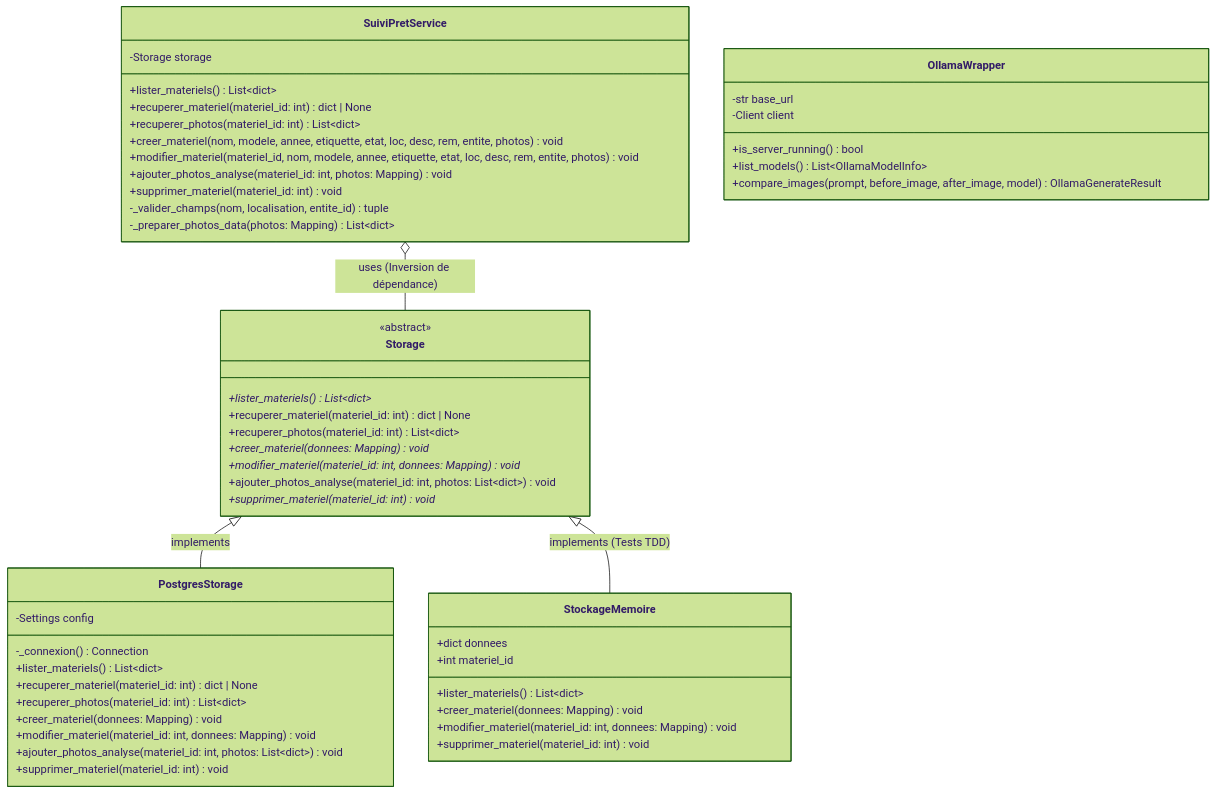
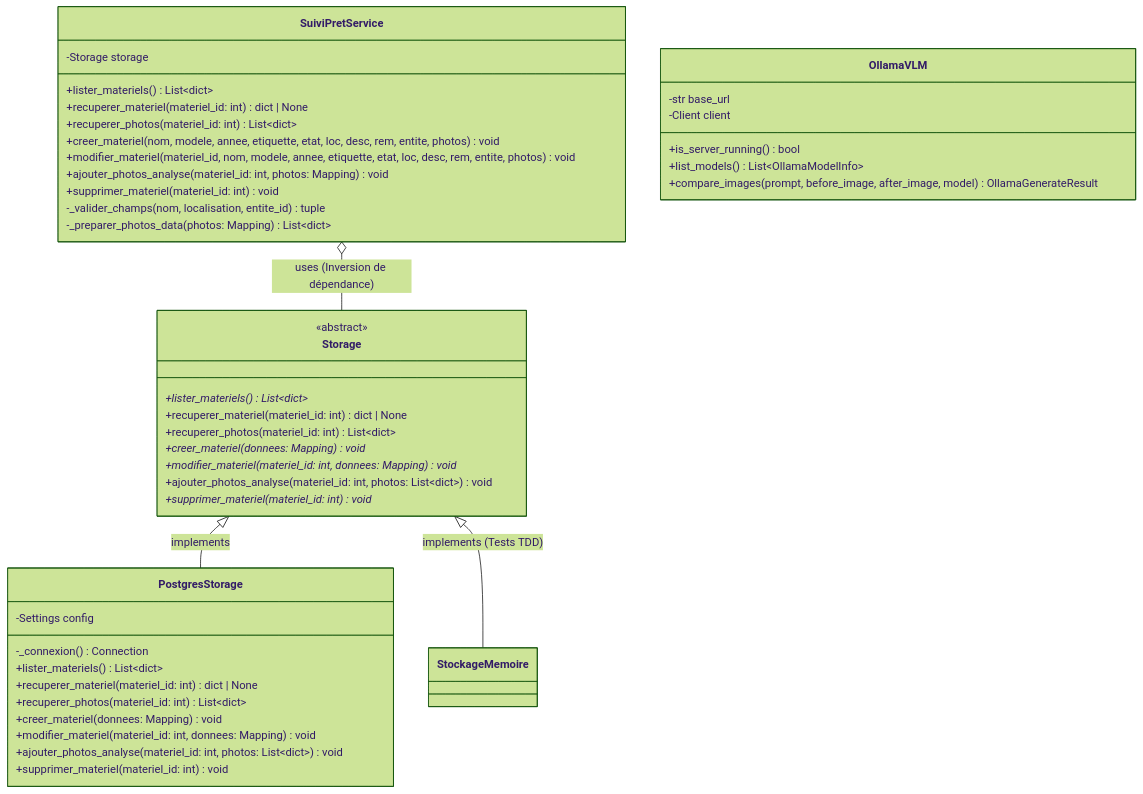
One commit to celien-svg/saeia changed the second of 3 diagrams in docs/documentation_technique.md. Above: the diagram before and after it, drawn with Mermaid (forest theme). The commit also changed other lines of this file and 13 other files, not shown here.

````diff
--- a/docs/documentation_technique.md
+++ b/docs/documentation_technique.md
@@ -148,61 +151,52 @@
 ```mermaid
 classDiagram
     direction TB
 
     class Storage {
         <<abstract>>
         +lister_materiels() List~dict~*
         +recuperer_materiel(materiel_id: int) dict | None
         +recuperer_photos(materiel_id: int) List~dict~
         +creer_materiel(donnees: Mapping)* void
         +modifier_materiel(materiel_id: int, donnees: Mapping)* void
         +ajouter_photos_analyse(materiel_id: int, photos: List~dict~) void
         +supprimer_materiel(materiel_id: int)* void
     }
 
     class PostgresStorage {
         -Settings config
         -_connexion() Connection
         +lister_materiels() List~dict~
         +recuperer_materiel(materiel_id: int) dict | None
         +recuperer_photos(materiel_id: int) List~dict~
         +creer_materiel(donnees: Mapping) void
         +modifier_materiel(materiel_id: int, donnees: Mapping) void
         +ajouter_photos_analyse(materiel_id: int, photos: List~dict~) void
         +supprimer_materiel(materiel_id: int) void
     }
 
-    class StockageMemoire {
-        +dict donnees
-        +int materiel_id
-        +lister_materiels() List~dict~
-        +creer_materiel(donnees: Mapping) void
-        +modifier_materiel(materiel_id: int, donnees: Mapping) void
-        +supprimer_materiel(materiel_id: int) void
-    }
-
     class SuiviPretService {
         -Storage storage
         +lister_materiels() List~dict~
         +recuperer_materiel(materiel_id: int) dict | None
         +recuperer_photos(materiel_id: int) List~dict~
         +creer_materiel(nom, modele, annee, etiquette, etat, loc, desc, rem, entite, photos) void
         +modifier_materiel(materiel_id, nom, modele, annee, etiquette, etat, loc, desc, rem, entite, photos) void
         +ajouter_photos_analyse(materiel_id: int, photos: Mapping) void
         +supprimer_materiel(materiel_id: int) void
         -_valider_champs(nom, localisation, entite_id) tuple
         -_preparer_photos_data(photos: Mapping) List~dict~
     }
 
-    class OllamaWrapper {
+    class OllamaVLM {
         -str base_url
         -Client client
         +is_server_running() bool
         +list_models() List~OllamaModelInfo~
         +compare_images(prompt, before_image, after_image, model) OllamaGenerateResult
     }
 
     Storage <|-- PostgresStorage : implements
     Storage <|-- StockageMemoire : implements (Tests TDD)
     SuiviPretService o-- Storage : uses (Inversion de dépendance)
 ```
````
